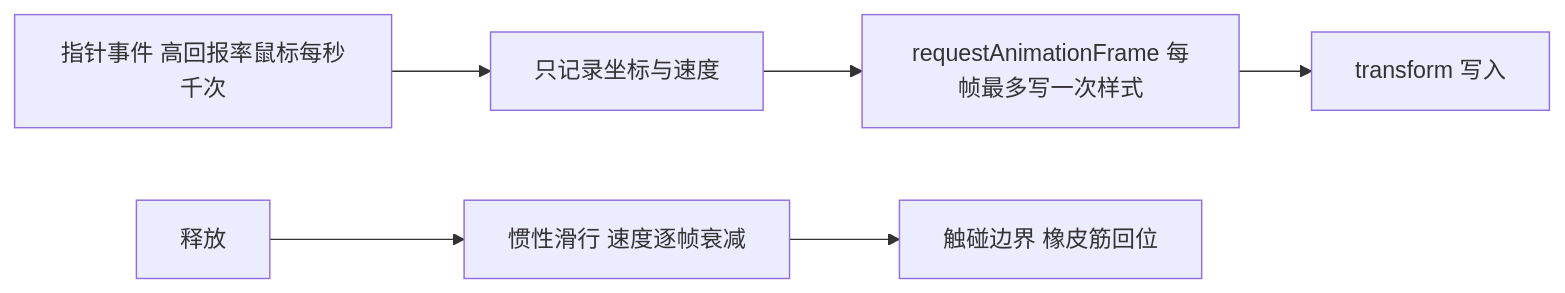
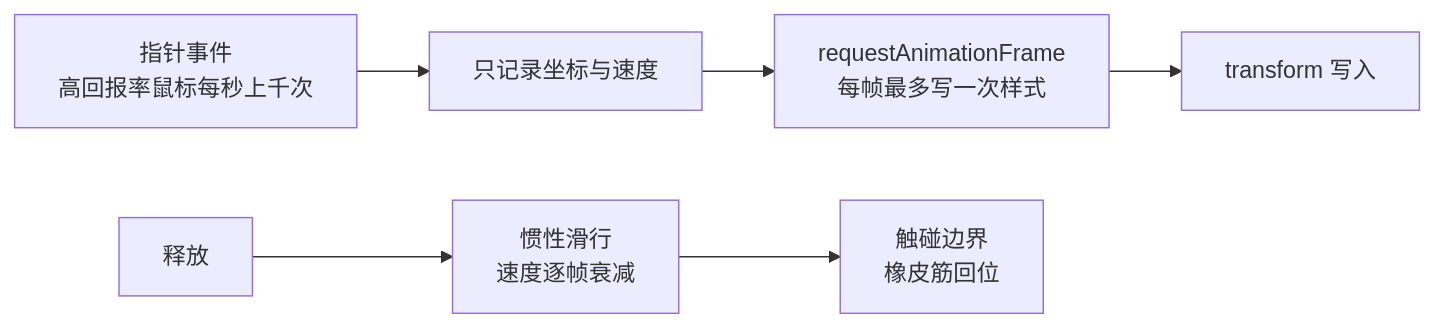
Before and after one commit to huyangpahuo/magzine-branch: the fourth of 4 diagrams in docs/05-性能设计.md, drawn with Mermaid. The commit also changed other lines of this file and 12 other files, not shown here.

````diff
--- a/docs/05-性能设计.md
+++ b/docs/05-性能设计.md
@@ -41,8 +71,8 @@
 ```mermaid
 flowchart LR
-    E["指针事件 高回报率鼠标每秒千次"] --> S["只记录坐标与速度"]
-    S --> RAF["requestAnimationFrame 每帧最多写一次样式"]
+    E["指针事件<br/>高回报率鼠标每秒上千次"] --> S["只记录坐标与速度"]
+    S --> RAF["requestAnimationFrame<br/>每帧最多写一次样式"]
     RAF --> W["transform 写入"]
-    REL["释放"] --> G["惯性滑行 速度逐帧衰减"]
-    G --> L["触碰边界 橡皮筋回位"]
+    REL["释放"] --> G["惯性滑行<br/>速度逐帧衰减"]
+    G --> L["触碰边界<br/>橡皮筋回位"]
 ```
````
